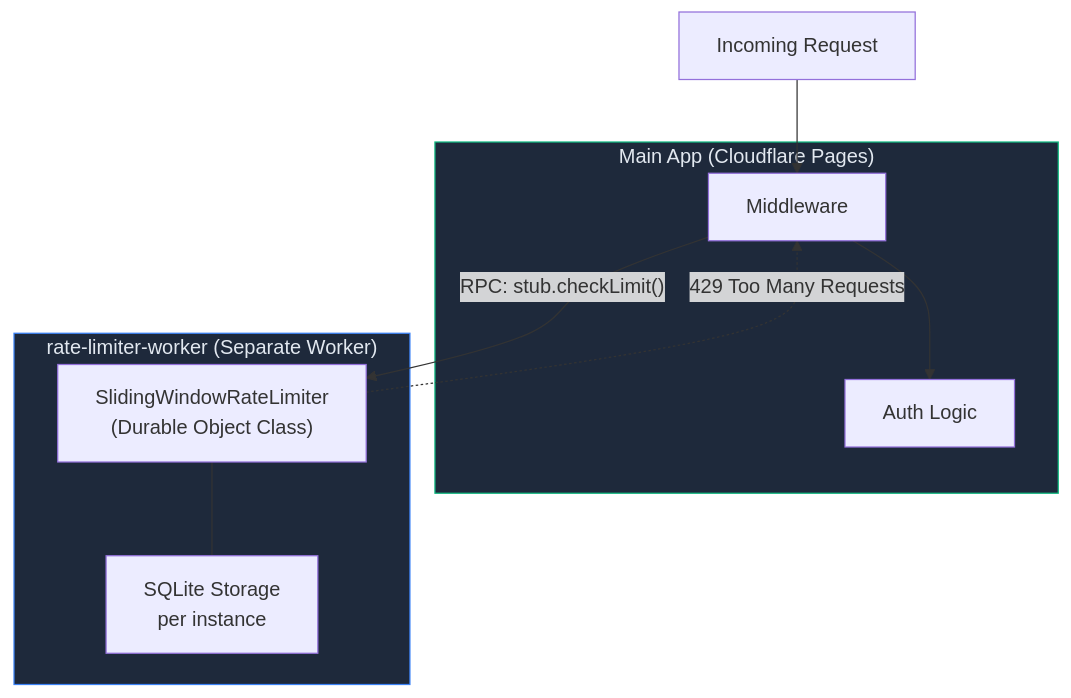
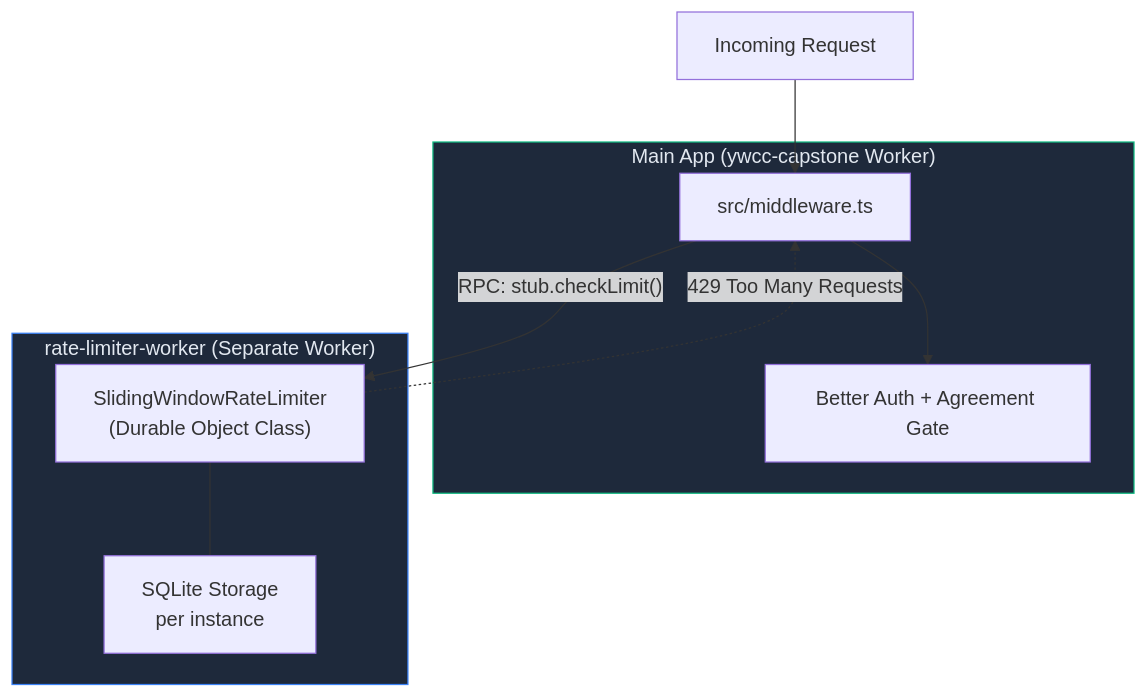
The second of 5 diagrams in docs/rate-limiting-with-durable-objects.md (gsinghjay/astro-shadcn-sanity), drawn with Mermaid before and after one commit. The commit also changed other lines of this file and 9 other files, not shown here.

````diff
--- a/docs/rate-limiting-with-durable-objects.md
+++ b/docs/rate-limiting-with-durable-objects.md
@@ -57,21 +59,21 @@
 ```mermaid
 flowchart TB
-    subgraph Main["Main App (Cloudflare Pages)"]
-        MW["Middleware"]
-        Auth["Auth Logic"]
+    subgraph Main["Main App (ywcc-capstone Worker)"]
+        MW["src/middleware.ts"]
+        Auth["Better Auth + Agreement Gate"]
     end
 
     subgraph RLW["rate-limiter-worker (Separate Worker)"]
         DO["SlidingWindowRateLimiter<br/>(Durable Object Class)"]
         SQL["SQLite Storage<br/>per instance"]
     end
 
     Req["Incoming Request"] --> MW
     MW -->|"RPC: stub.checkLimit()"| DO
     DO --- SQL
     MW --> Auth
     DO -.->|"429 Too Many Requests"| MW
 
     style RLW fill:#1e293b,stroke:#3b82f6,color:#e2e8f0
     style Main fill:#1e293b,stroke:#10b981,color:#e2e8f0
 ```
````
